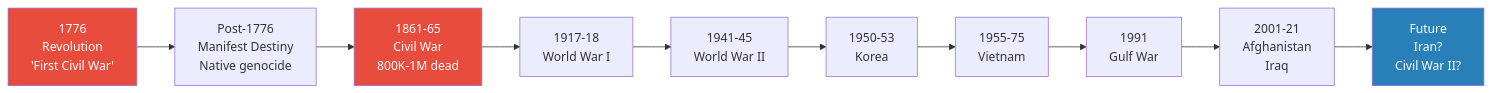
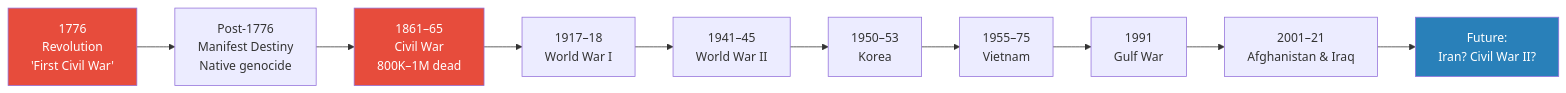
The second of 9 diagrams in summaries/Lectures/Geo-Strategy/11 - The Second American Civil War.md (alius33/reader), drawn with Mermaid before and after one commit. The commit also changed other lines of this file and 26 other files, not shown here.

````diff
--- a/summaries/Lectures/Geo-Strategy/11 - The Second American Civil War.md
+++ b/summaries/Lectures/Geo-Strategy/11 - The Second American Civil War.md
@@ -87,15 +92,15 @@
 ```mermaid
 flowchart LR
     A["1776<br/>Revolution<br/>'First Civil War'"] --> B["Post-1776<br/>Manifest Destiny<br/>Native genocide"]
-    B --> C["1861-65<br/>Civil War<br/>800K-1M dead"]
-    C --> D["1917-18<br/>World War I"]
-    D --> E["1941-45<br/>World War II"]
-    E --> F["1950-53<br/>Korea"]
-    F --> G["1955-75<br/>Vietnam"]
+    B --> C["1861–65<br/>Civil War<br/>800K–1M dead"]
+    C --> D["1917–18<br/>World War I"]
+    D --> E["1941–45<br/>World War II"]
+    E --> F["1950–53<br/>Korea"]
+    F --> G["1955–75<br/>Vietnam"]
     G --> H["1991<br/>Gulf War"]
-    H --> I["2001-21<br/>Afghanistan<br/>Iraq"]
-    I --> J["Future<br/>Iran?<br/>Civil War II?"]
+    H --> I["2001–21<br/>Afghanistan & Iraq"]
+    I --> J["Future:<br/>Iran? Civil War II?"]
     style A fill:#e74c3c,color:#fff
     style C fill:#e74c3c,color:#fff
     style J fill:#2980b9,color:#fff
 ```
````
